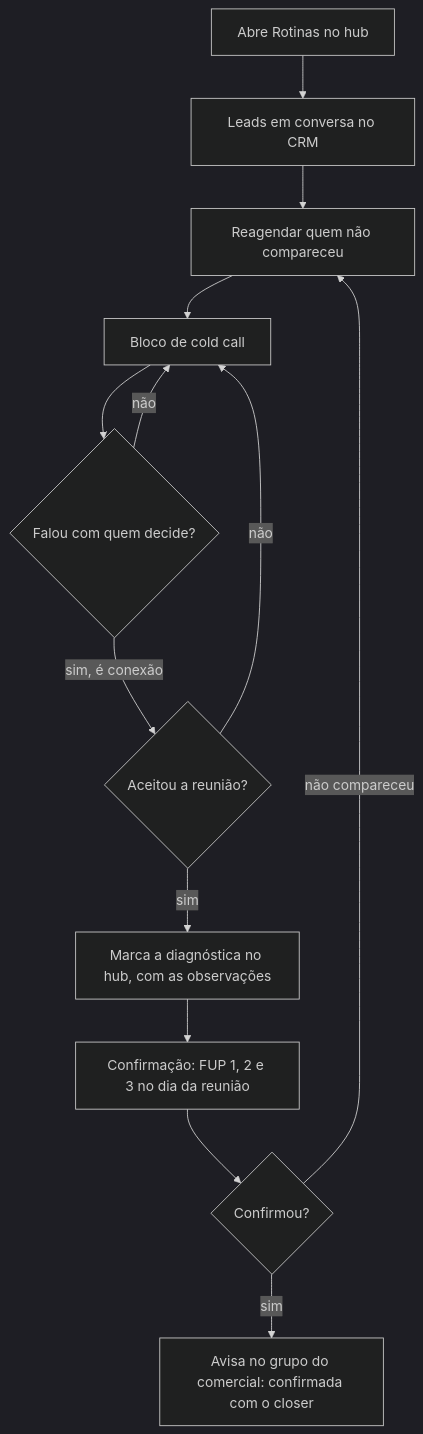
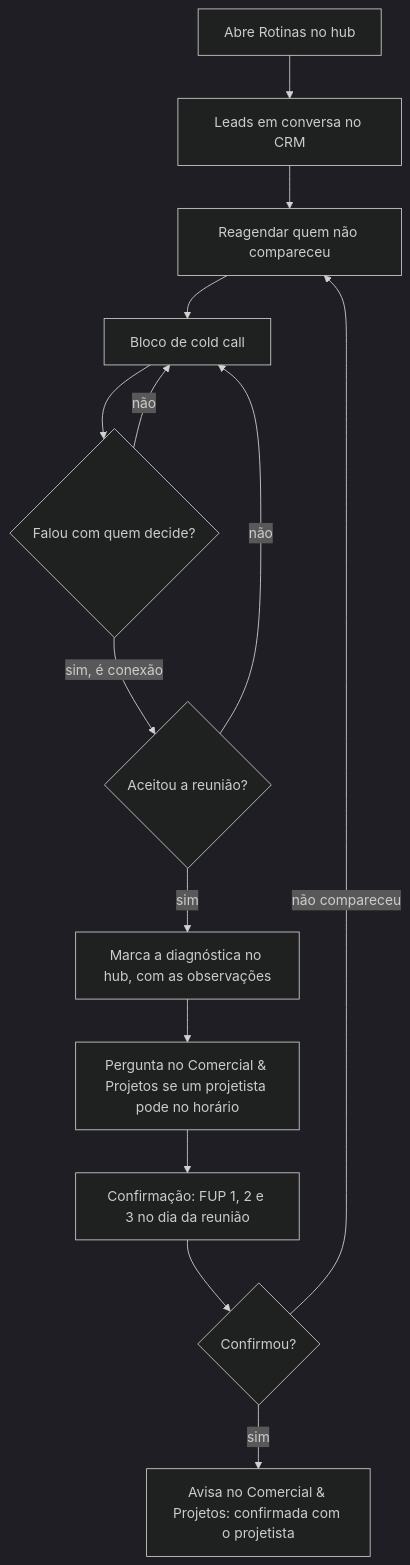
One commit to softpitchbr/mectria changed the diagram in docs/17-processo-comercial.md. Above: the diagram before and after it, drawn with Mermaid (dark theme). The commit also changed other lines of this file and 3 other files, not shown here.

````diff
--- a/docs/17-processo-comercial.md
+++ b/docs/17-processo-comercial.md
@@ -14,15 +14,16 @@
 ```mermaid
 flowchart TD
     A[Abre Rotinas no hub] --> B[Leads em conversa no CRM]
     B --> C[Reagendar quem não compareceu]
     C --> D[Bloco de cold call]
     D --> E{Falou com quem decide?}
     E -- não --> D
     E -- sim, é conexão --> F{Aceitou a reunião?}
     F -- não --> D
     F -- sim --> G[Marca a diagnóstica no hub, com as observações]
-    G --> H[Confirmação: FUP 1, 2 e 3 no dia da reunião]
+    G --> G2[Pergunta no Comercial & Projetos se um projetista pode no horário]
+    G2 --> H[Confirmação: FUP 1, 2 e 3 no dia da reunião]
     H --> I{Confirmou?}
-    I -- sim --> J[Avisa no grupo do comercial: confirmada com o closer]
+    I -- sim --> J[Avisa no Comercial & Projetos: confirmada com o projetista]
     I -- não compareceu --> C
 ```
````
